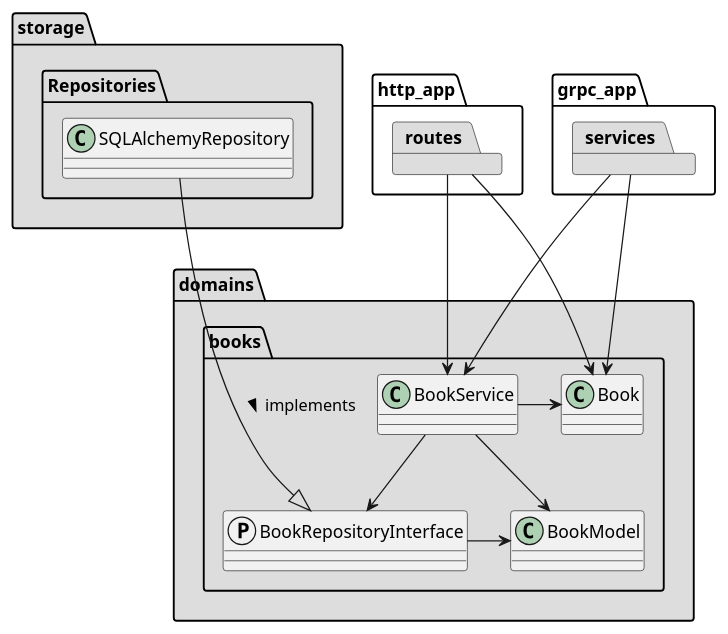
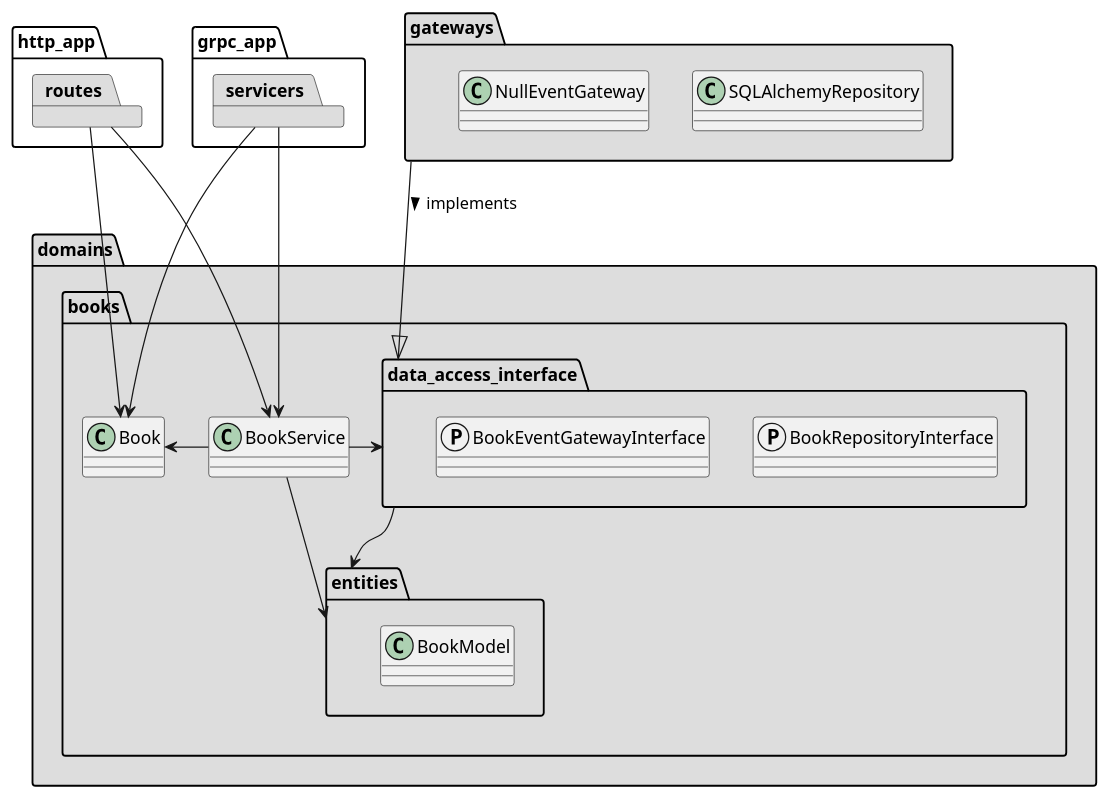
One commit to febus982/bootstrap-python-fastapi changed the diagram in architecture.puml. Above: the diagram before and after it, drawn with PlantUML. The commit also changed 6 other files, not shown here.

Commit message:
Rearrange gateway interface and update architecture graph

```diff
--- a/architecture.puml
+++ b/architecture.puml
@@ -1,42 +1,50 @@
 @startuml
 allowmixing
 skinparam componentStyle uml1
 
 package http_app {
     package routes #DDDDDD
 }
 
 package grpc_app {
-    package services #DDDDDD
+    package servicers #DDDDDD
 }
 
 package domains #DDDDDD {
     package books {
         class Book
         class BookService
-        protocol BookRepositoryInterface
-        class BookModel
+
+        package entities {
+            class BookModel
+        }
+
+        package data_access_interface {
+            protocol BookRepositoryInterface
+            protocol BookEventGatewayInterface
+        }
     }
 }
 
-package storage #DDDDDD {
-    package Repositories {
-        class SQLAlchemyRepository
-    }
+package gateways #DDDDDD {
+    class SQLAlchemyRepository
+    class NullEventGateway
 }
+
 
 'links framework - domains
 routes --> BookService
 routes --> Book
-services --> BookService
-services --> Book
+servicers --> BookService
+servicers --> Book
 
 'links internal to books domain
 BookService -l-> Book
-BookService --> BookModel
-BookService --> BookRepositoryInterface
-BookRepositoryInterface -l-> BookModel
+BookService --> entities
+BookService -r-> data_access_interface
+data_access_interface --> entities
 
-'links domains - storage
-SQLAlchemyRepository --d-|> BookRepositoryInterface: implements >
+'links domains - gateways
+gateways --|> data_access_interface: implements >
+
 @enduml
```
